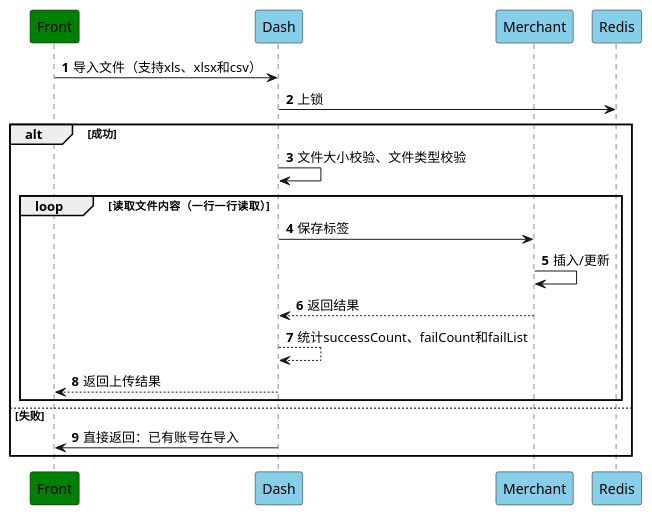
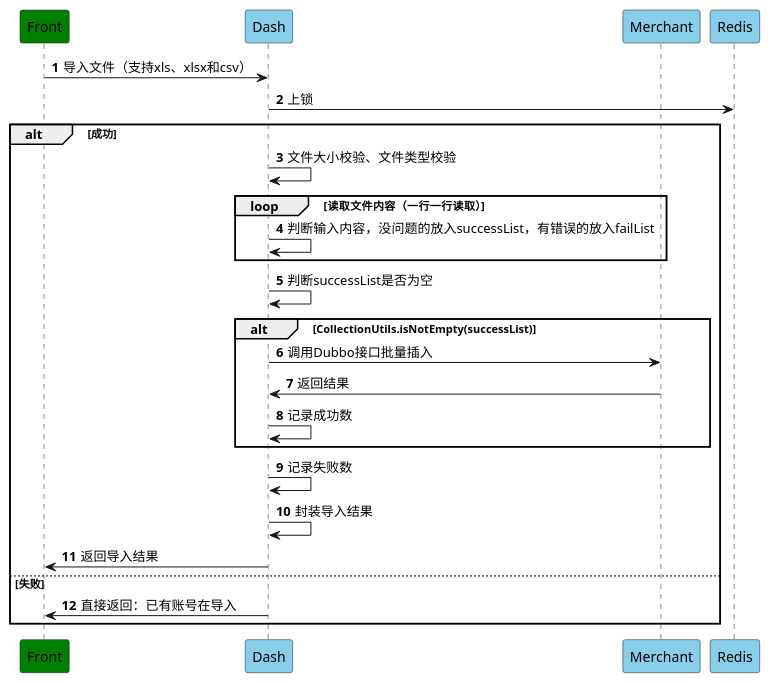
The diagram in EC2.5/store_mark_import.puml (Howinfun/flowChat), drawn with PlantUML before and after one commit. The commit also changed 2 other files, not shown here.

```diff
--- a/EC2.5/store_mark_import.puml
+++ b/EC2.5/store_mark_import.puml
@@ -1,25 +1,30 @@
 @startuml
 'https://plantuml.com/sequence-diagram
 
 autonumber
 
 participant "Front" as Front #green
 participant "Dash" as Dash #skyblue
 participant "Merchant" as Merchant #skyblue
 participant "Redis" as Redis #skyblue
 
 Front-> Dash:导入文件（支持xls、xlsx和csv）
 Dash -> Redis: 上锁
 alt 成功
 Dash -> Dash: 文件大小校验、文件类型校验
 loop 读取文件内容（一行一行读取）
-Dash -> Merchant: 保存标签
-Merchant -> Merchant: 插入/更新
-Merchant --> Dash: 返回结果
-Dash --> Dash: 统计successCount、failCount和failList
-Dash --> Front: 返回上传结果
+Dash -> Dash: 判断输入内容，没问题的放入successList，有错误的放入failList
 end
+Dash -> Dash: 判断successList是否为空
+alt CollectionUtils.isNotEmpty(successList)
+Dash -> Merchant: 调用Dubbo接口批量插入
+Merchant -> Dash: 返回结果
+Dash -> Dash: 记录成功数
+end
+Dash -> Dash: 记录失败数
+Dash -> Dash: 封装导入结果
+Dash -> Front: 返回导入结果
 else 失败
 Dash -> Front: 直接返回：已有账号在导入
 end
 @enduml
```
